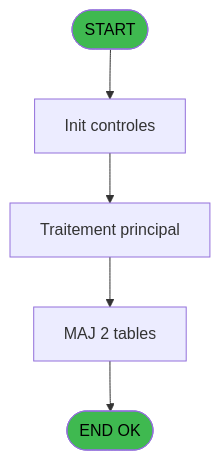
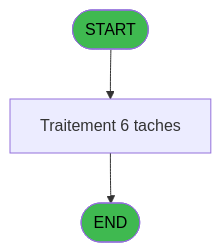
One commit to thonyAGP/magic-migration changed the first of 3 diagrams in .openspec/specs/ADH-IDE-95.md. Above: the diagram before and after it, drawn with Mermaid. The commit also changed other lines of this file and 311 other files, not shown here.

````diff
--- a/.openspec/specs/ADH-IDE-95.md
+++ b/.openspec/specs/ADH-IDE-95.md
@@ -161,14 +161,9 @@
 ```mermaid
 flowchart TD
     START([START])
-    INIT[Init controles]
-    SAISIE[Traitement principal]
-    UPDATE[MAJ 2 tables]
-    ENDOK([END OK])
-
-    START --> INIT --> SAISIE
-    SAISIE --> UPDATE --> ENDOK
-
+    PROCESS[Traitement 6 taches]
+    ENDOK([END])
+    START --> PROCESS --> ENDOK
     style START fill:#3fb950,color:#000
     style ENDOK fill:#3fb950,color:#000
 ```
````
